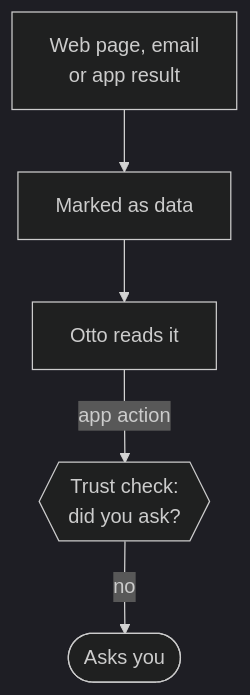
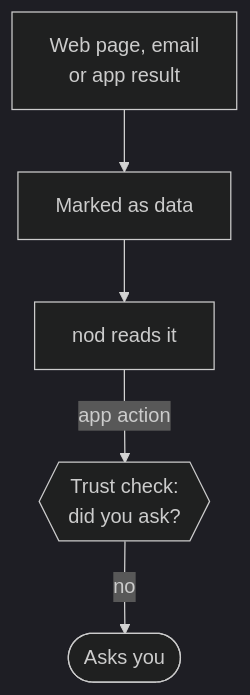
The diagram in docs/src/content/docs/trust/untrusted-content.md (KrishBhimani/nod), drawn with Mermaid (dark theme) before and after one commit. The commit also changed other lines of this file and 380 other files, not shown here.

Commit message:
feat!: rename Otto to nod (#398)

````diff
--- a/docs/src/content/docs/trust/untrusted-content.md
+++ b/docs/src/content/docs/trust/untrusted-content.md
@@ -22,7 +22,7 @@
 ```mermaid
 flowchart TD
   source[Web page, email<br/>or app result] --> wrap[Marked as data]
-  wrap --> model[Otto reads it]
+  wrap --> model[nod reads it]
   model -- app action --> check{{Trust check:<br/>did you ask?}}:::accent
   check -- no --> you([Asks you]):::accent
 ```
````
